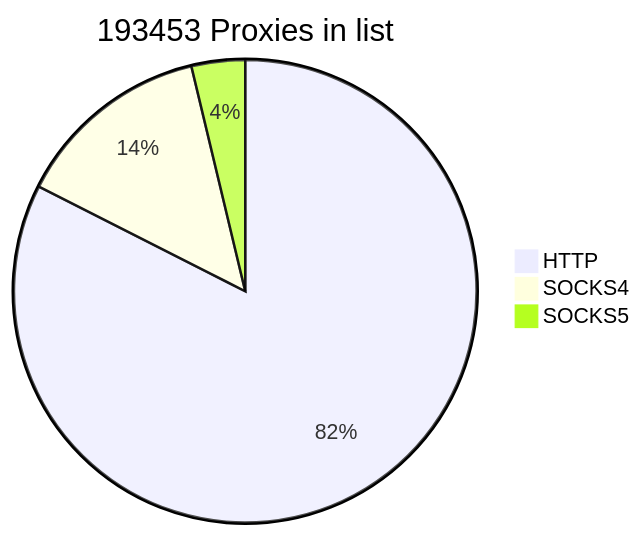
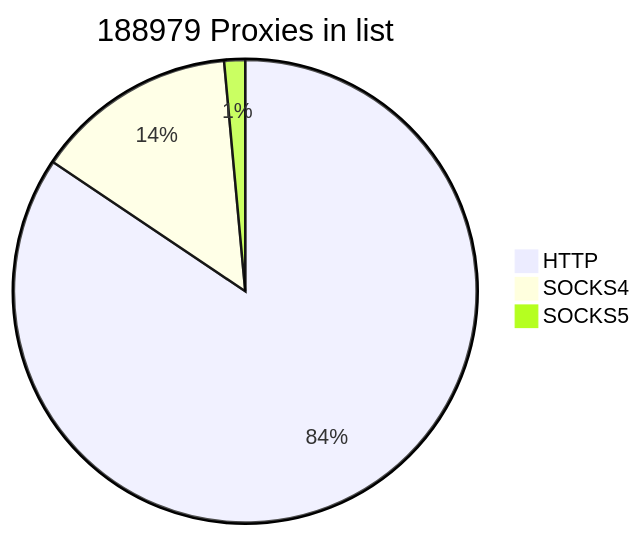
Before and after one commit to cutipu/proxylist: the first of 2 diagrams in README.md, drawn with Mermaid. The commit also changed other lines of this file, not shown here.

````diff
--- a/README.md
+++ b/README.md
@@ -2,7 +2,7 @@
 ```mermaid
-pie title 193453 Proxies in list
-    "HTTP" : 159534
+pie title 188979 Proxies in list
+    "HTTP" : 159533
     "SOCKS4" : 26681
-    "SOCKS5" : 7238
+    "SOCKS5" : 2765
             
 ```
````
